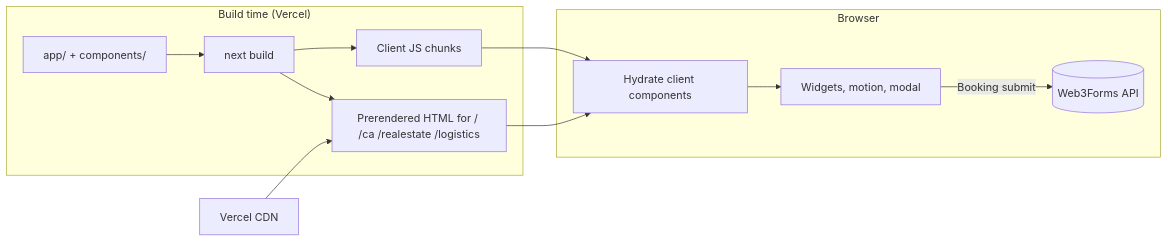
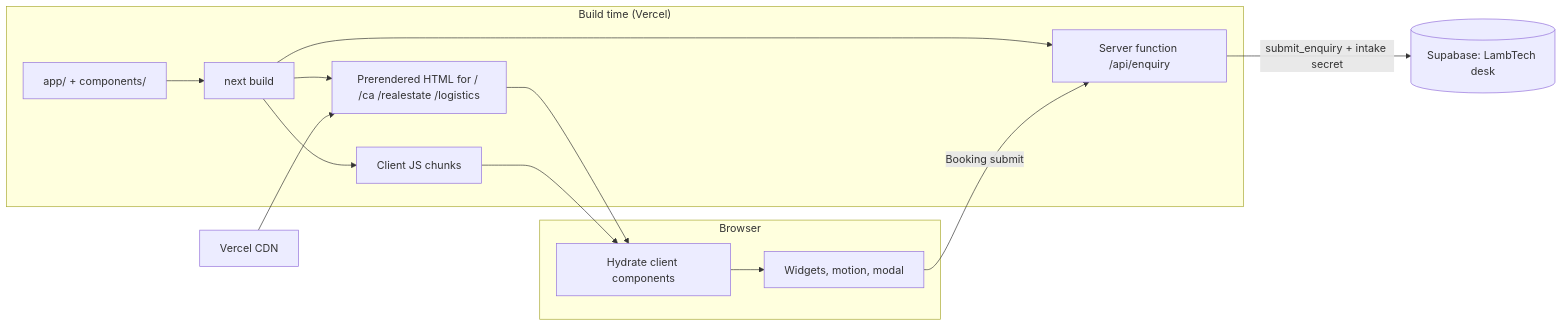
One commit to Xenomorph27/Lambtech_website changed the second of 4 diagrams in architecture.md. Above: the diagram before and after it, drawn with Mermaid. The commit also changed other lines of this file and 1 other file, not shown here.

Commit message:
docs: architecture covers the enquiry route, three-field form and desk hand-off

````diff
--- a/architecture.md
+++ b/architecture.md
@@ -153,15 +156,17 @@
 ```mermaid
 flowchart LR
     subgraph Build["Build time (Vercel)"]
         SRC[app/ + components/] --> NB[next build]
         NB --> HTML[Prerendered HTML for / /ca /realestate /logistics]
         NB --> JS[Client JS chunks]
+        NB --> FN[Server function /api/enquiry]
     end
     subgraph Browser
         HTML --> HYD[Hydrate client components]
         JS --> HYD
         HYD --> INT[Widgets, motion, modal]
-        INT -->|Booking submit| W3F[(Web3Forms API)]
     end
     CDN[Vercel CDN] --> HTML
+    INT -->|Booking submit| FN
+    FN -->|submit_enquiry + intake secret| DB[(Supabase: LambTech desk)]
 ```
````
